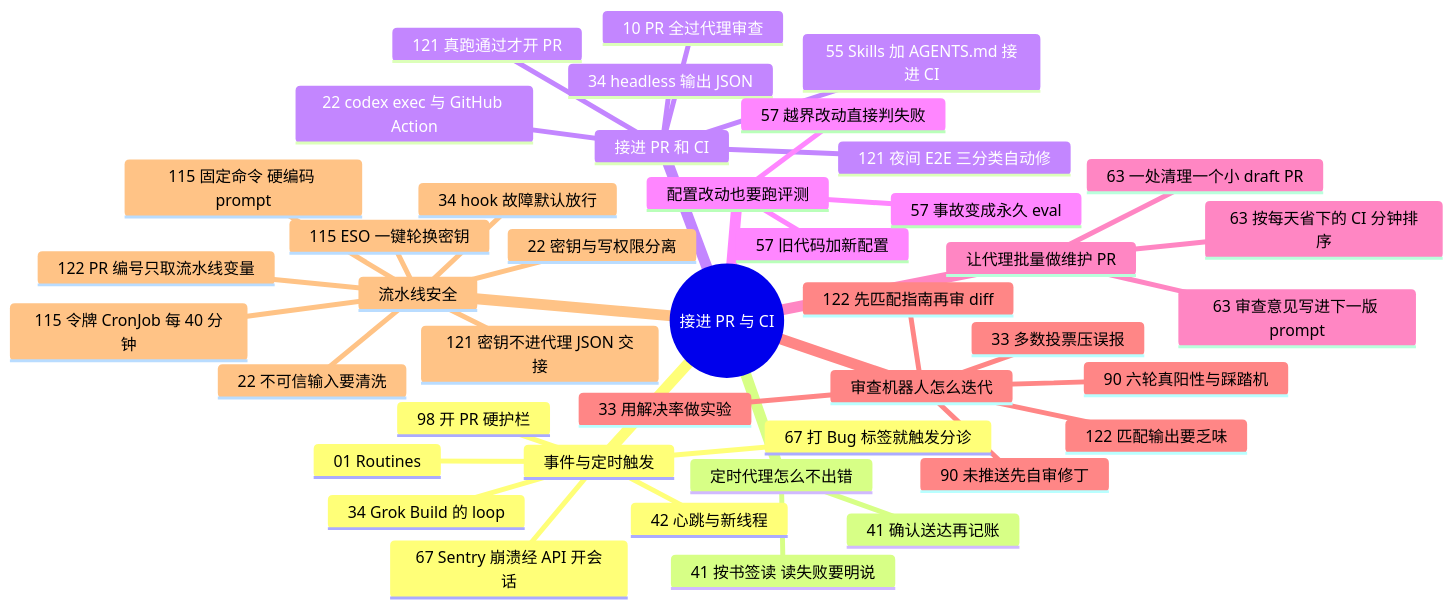
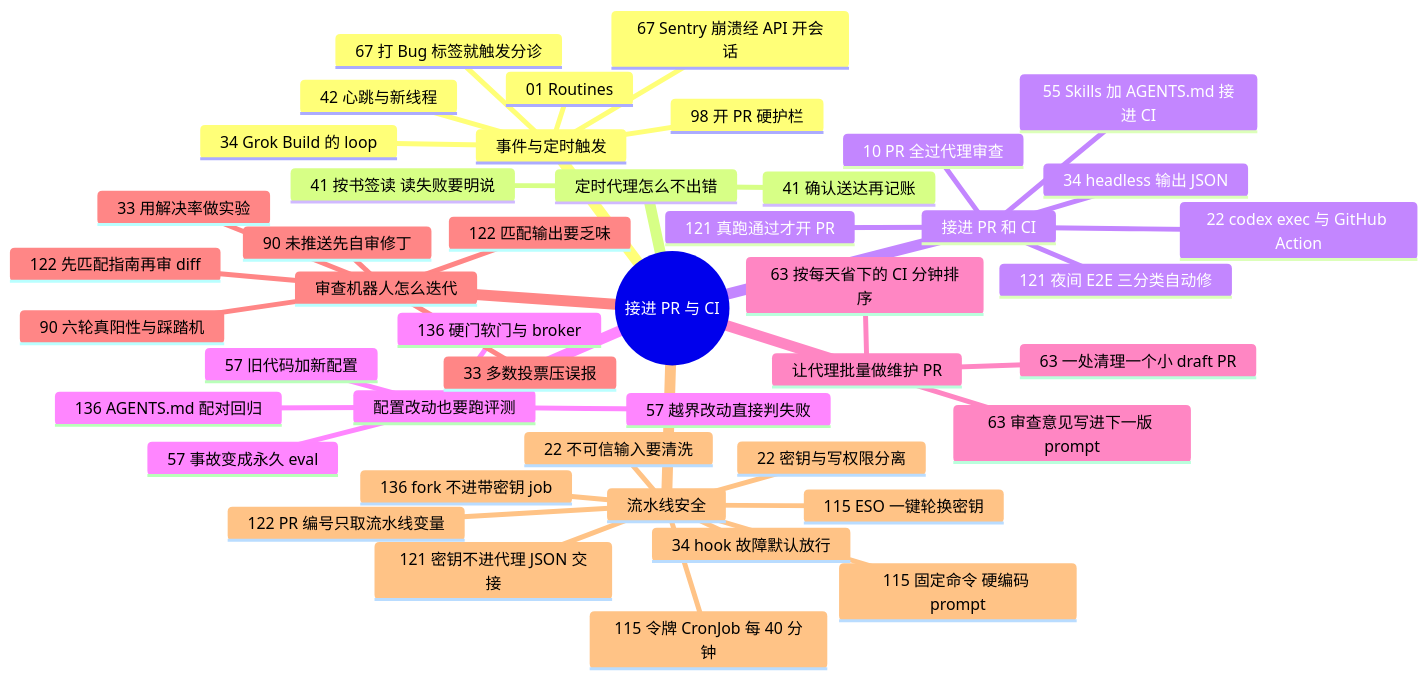
One commit to yzw7489757/ai-coding-videos changed the diagram in docs/guide/ci.md. Above: the diagram before and after it, drawn with Mermaid. The commit also changed other lines of this file and 17 other files, not shown here.

````diff
--- a/docs/guide/ci.md
+++ b/docs/guide/ci.md
@@ -13,45 +13,48 @@
 ```mermaid
 mindmap
   root((接进 PR 与 CI))
     事件与定时触发
       98 开 PR 硬护栏
       01 Routines
       34 Grok Build 的 loop
       42 心跳与新线程
       67 打 Bug 标签就触发分诊
       67 Sentry 崩溃经 API 开会话
     定时代理怎么不出错
       41 按书签读 读失败要明说
       41 确认送达再记账
     接进 PR 和 CI
       10 PR 全过代理审查
       22 codex exec 与 GitHub Action
       55 Skills 加 AGENTS.md 接进 CI
       34 headless 输出 JSON
       121 夜间 E2E 三分类自动修
       121 真跑通过才开 PR
     配置改动也要跑评测
       57 旧代码加新配置
       57 越界改动直接判失败
       57 事故变成永久 eval
+      136 AGENTS.md 配对回归
+      136 硬门软门与 broker
     让代理批量做维护 PR
       63 一处清理一个小 draft PR
       63 审查意见写进下一版 prompt
       63 按每天省下的 CI 分钟排序
     审查机器人怎么迭代
       33 多数投票压误报
       33 用解决率做实验
       90 六轮真阳性与踩踏机
       90 未推送先自审修丁
       122 先匹配指南再审 diff
       122 匹配输出要乏味
     流水线安全
       115 令牌 CronJob 每 40 分钟
       115 ESO 一键轮换密钥
       115 固定命令 硬编码 prompt
       22 密钥与写权限分离
       34 hook 故障默认放行
       22 不可信输入要清洗
       121 密钥不进代理 JSON 交接
       122 PR 编号只取流水线变量
+      136 fork 不进带密钥 job
 ```
````
